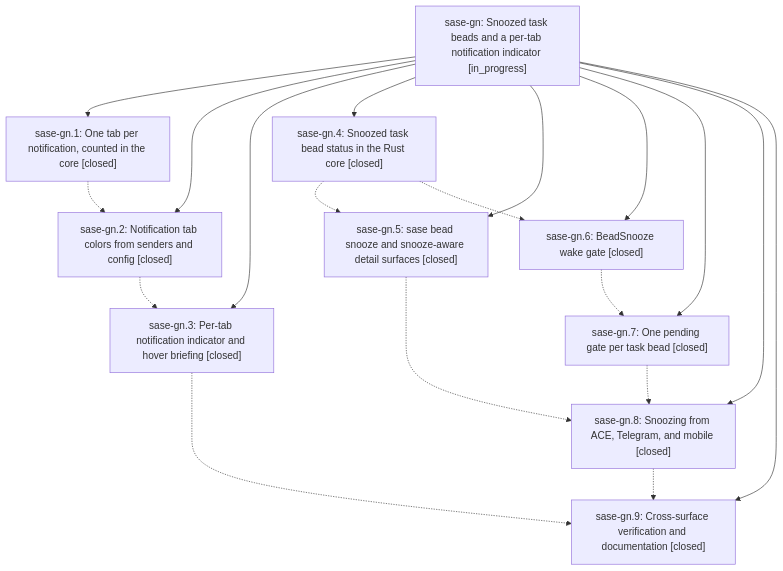
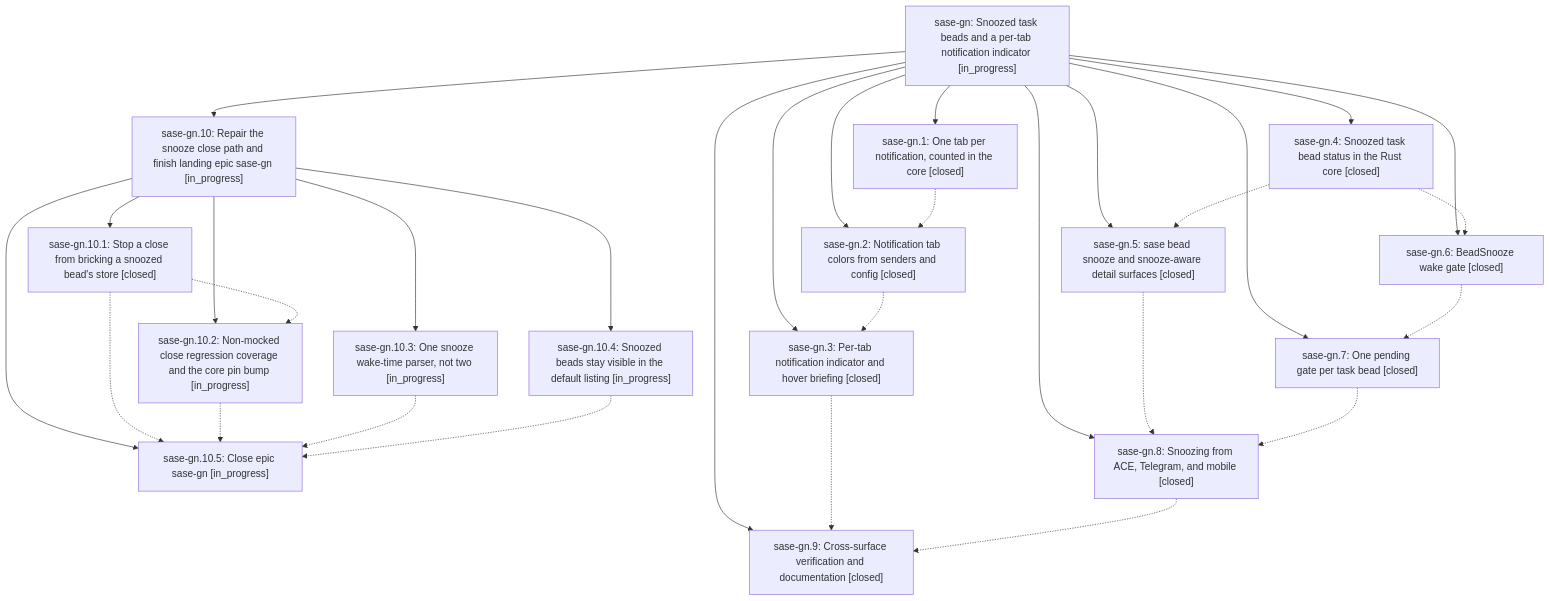
Before and after one commit to sase-org/sase--beads: the diagram in pages/sase-gn/README.md, drawn with Mermaid. The commit also changed other lines of this file and 7 other files, not shown here.

First line of the commit message:
chore(beads): sync bead state and pages for sase-gn

````diff
--- a/pages/sase-gn/README.md
+++ b/pages/sase-gn/README.md
@@ -50,31 +74,48 @@
 ```mermaid
 flowchart TD
     n0["sase-gn: Snoozed task beads and a per-tab notification indicator [in_progress]"]
     n1["sase-gn.1: One tab per notification, counted in the core [closed]"]
-    n2["sase-gn.2: Notification tab colors from senders and config [closed]"]
-    n3["sase-gn.3: Per-tab notification indicator and hover briefing [closed]"]
-    n4["sase-gn.4: Snoozed task bead status in the Rust core [closed]"]
-    n5["sase-gn.5: sase bead snooze and snooze-aware detail surfaces [closed]"]
-    n6["sase-gn.6: BeadSnooze wake gate [closed]"]
-    n7["sase-gn.7: One pending gate per task bead [closed]"]
-    n8["sase-gn.8: Snoozing from ACE, Telegram, and mobile [closed]"]
-    n9["sase-gn.9: Cross-surface verification and documentation [closed]"]
+    n2["sase-gn.10: Repair the snooze close path and finish landing epic sase-gn [in_progress]"]
+    n3["sase-gn.10.1: Stop a close from bricking a snoozed bead's store [closed]"]
+    n4["sase-gn.10.2: Non-mocked close regression coverage and the core pin bump [in_progress]"]
+    n5["sase-gn.10.3: One snooze wake-time parser, not two [in_progress]"]
+    n6["sase-gn.10.4: Snoozed beads stay visible in the default listing [in_progress]"]
+    n7["sase-gn.10.5: Close epic sase-gn [in_progress]"]
+    n8["sase-gn.2: Notification tab colors from senders and config [closed]"]
+    n9["sase-gn.3: Per-tab notification indicator and hover briefing [closed]"]
+    n10["sase-gn.4: Snoozed task bead status in the Rust core [closed]"]
+    n11["sase-gn.5: sase bead snooze and snooze-aware detail surfaces [closed]"]
+    n12["sase-gn.6: BeadSnooze wake gate [closed]"]
+    n13["sase-gn.7: One pending gate per task bead [closed]"]
+    n14["sase-gn.8: Snoozing from ACE, Telegram, and mobile [closed]"]
+    n15["sase-gn.9: Cross-surface verification and documentation [closed]"]
     n0 --> n1
     n0 --> n2
-    n0 --> n3
-    n0 --> n4
-    n0 --> n5
-    n0 --> n6
-    n0 --> n7
+    n2 --> n3
+    n2 --> n4
+    n2 --> n5
+    n2 --> n6
+    n2 --> n7
     n0 --> n8
     n0 --> n9
-    n1 -.-> n2
-    n2 -.-> n3
-    n3 -.-> n9
-    n4 -.-> n5
-    n4 -.-> n6
-    n5 -.-> n8
+    n0 --> n10
+    n0 --> n11
+    n0 --> n12
+    n0 --> n13
+    n0 --> n14
+    n0 --> n15
+    n1 -.-> n8
+    n3 -.-> n4
+    n3 -.-> n7
+    n4 -.-> n7
+    n5 -.-> n7
     n6 -.-> n7
-    n7 -.-> n8
     n8 -.-> n9
+    n9 -.-> n15
+    n10 -.-> n11
+    n10 -.-> n12
+    n11 -.-> n14
+    n12 -.-> n13
+    n13 -.-> n14
+    n14 -.-> n15
 ```
````
